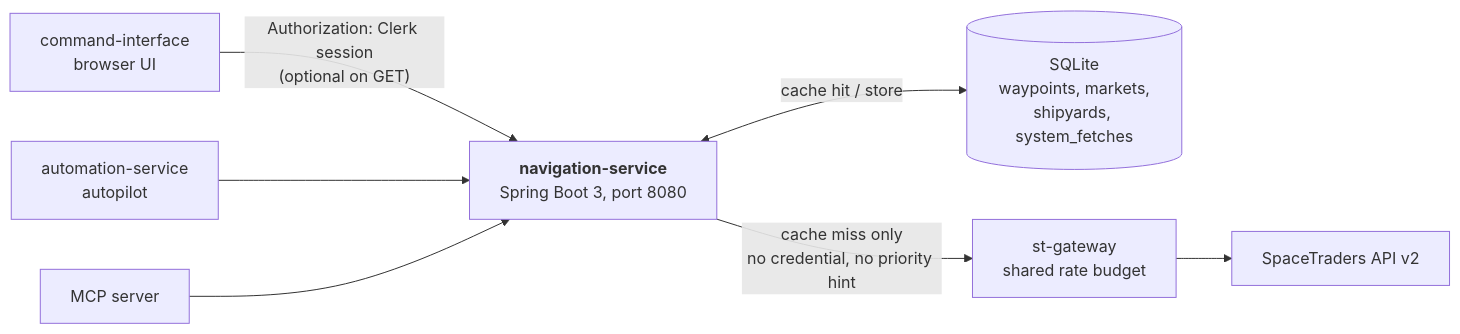
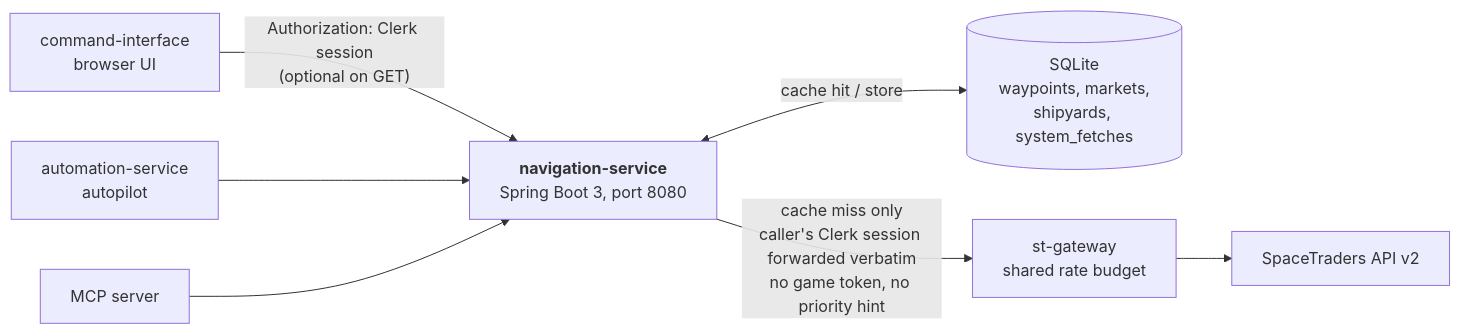
One commit to V-M-Pioneer-Trading/navigation-service changed the first of 3 diagrams in README.md. Above: the diagram before and after it, drawn with Mermaid. The commit also changed other lines of this file and 20 other files, not shown here.

First line of the commit message:
Forward the caller's Clerk session to st-gateway (#19)

````diff
--- a/README.md
+++ b/README.md
@@ -27,19 +27,19 @@
 ```mermaid
 flowchart LR
     UI["command-interface<br/>browser UI"]
     AUTO["automation-service<br/>autopilot"]
     MCP["MCP server"]
 
     NAV["<b>navigation-service</b><br/>Spring Boot 3, port 8080"]
     DB[("SQLite<br/>waypoints, markets,<br/>shipyards, system_fetches")]
     GW["st-gateway<br/>shared rate budget"]
     ST["SpaceTraders API v2"]
 
     UI -->|"Authorization: Clerk session<br/>(optional on GET)"| NAV
     AUTO --> NAV
     MCP --> NAV
 
     NAV <-->|"cache hit / store"| DB
-    NAV -->|"cache miss only<br/>no credential, no priority hint"| GW
+    NAV -->|"cache miss only<br/>caller's Clerk session forwarded verbatim<br/>no game token, no priority hint"| GW
     GW --> ST
 ```
````
